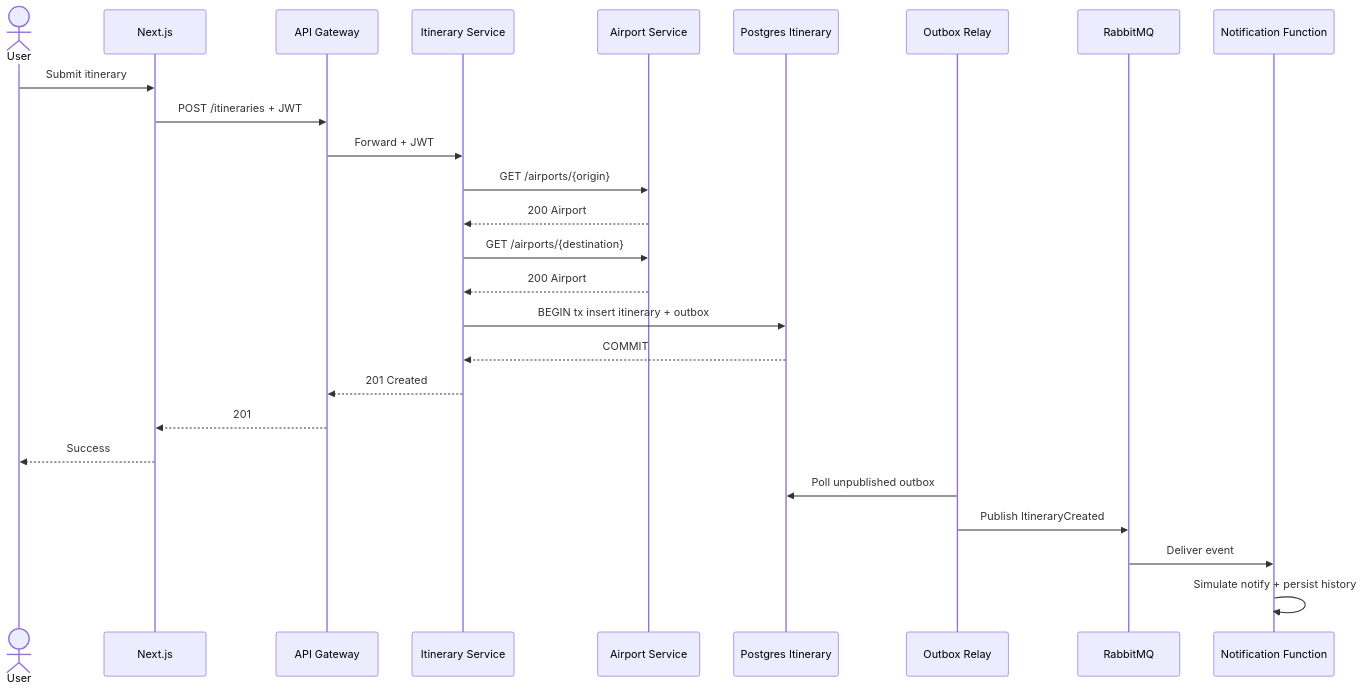
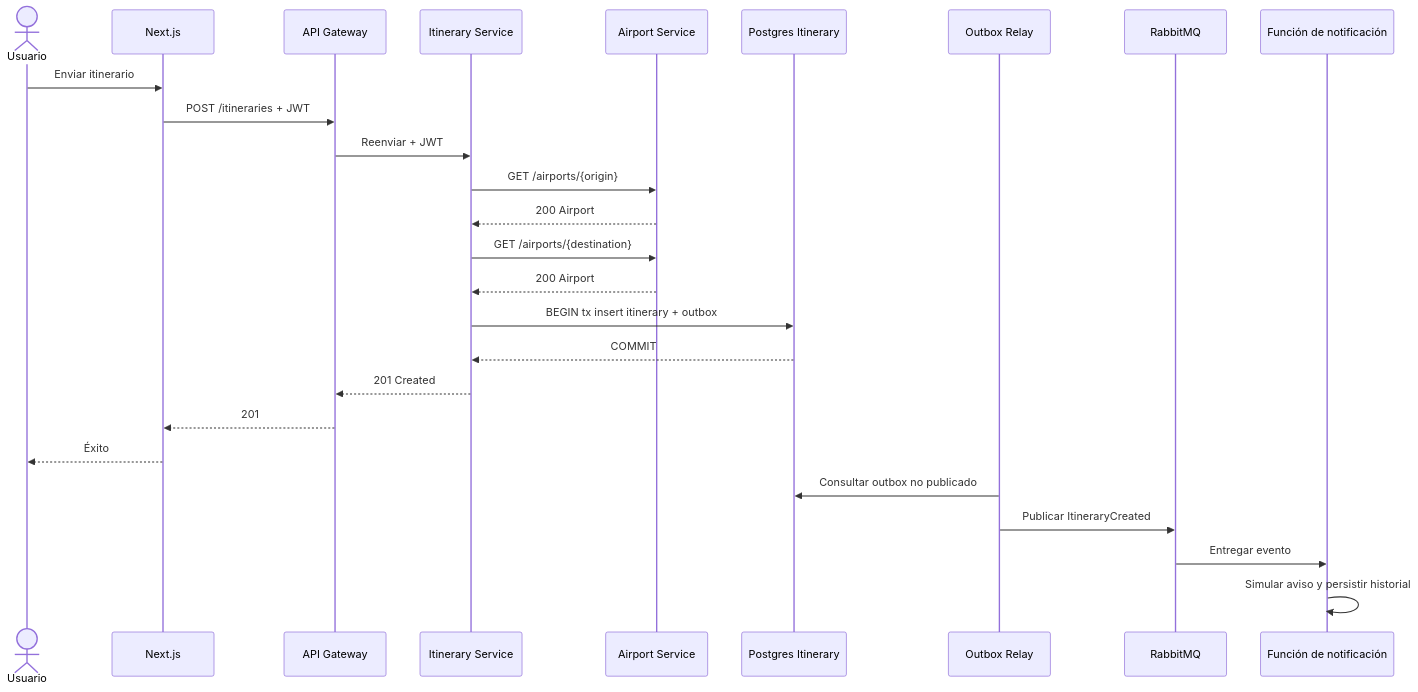
One commit to bue221/proyecto-arquitectura-software-emergente changed the first of 3 diagrams in wiki/Diagrams-sequences.md. Above: the diagram before and after it, drawn with Mermaid. The commit also changed other lines of this file and 38 other files, not shown here.

````diff
--- a/wiki/Diagrams-sequences.md
+++ b/wiki/Diagrams-sequences.md
@@ -8,30 +8,30 @@
 ```mermaid
 sequenceDiagram
-  actor U as User
+  actor U as Usuario
   participant W as Next.js
   participant G as API Gateway
   participant I as Itinerary Service
   participant A as Airport Service
   participant DB as Postgres Itinerary
   participant R as Outbox Relay
   participant Q as RabbitMQ
-  participant F as Notification Function
+  participant F as Función de notificación
 
-  U->>W: Submit itinerary
+  U->>W: Enviar itinerario
   W->>G: POST /itineraries + JWT
-  G->>I: Forward + JWT
+  G->>I: Reenviar + JWT
   I->>A: GET /airports/{origin}
   A-->>I: 200 Airport
   I->>A: GET /airports/{destination}
   A-->>I: 200 Airport
   I->>DB: BEGIN tx insert itinerary + outbox
   DB-->>I: COMMIT
   I-->>G: 201 Created
   G-->>W: 201
-  W-->>U: Success
+  W-->>U: Éxito
 
-  R->>DB: Poll unpublished outbox
-  R->>Q: Publish ItineraryCreated
-  Q->>F: Deliver event
-  F->>F: Simulate notify + persist history
+  R->>DB: Consultar outbox no publicado
+  R->>Q: Publicar ItineraryCreated
+  Q->>F: Entregar evento
+  F->>F: Simular aviso y persistir historial
 ```
````
